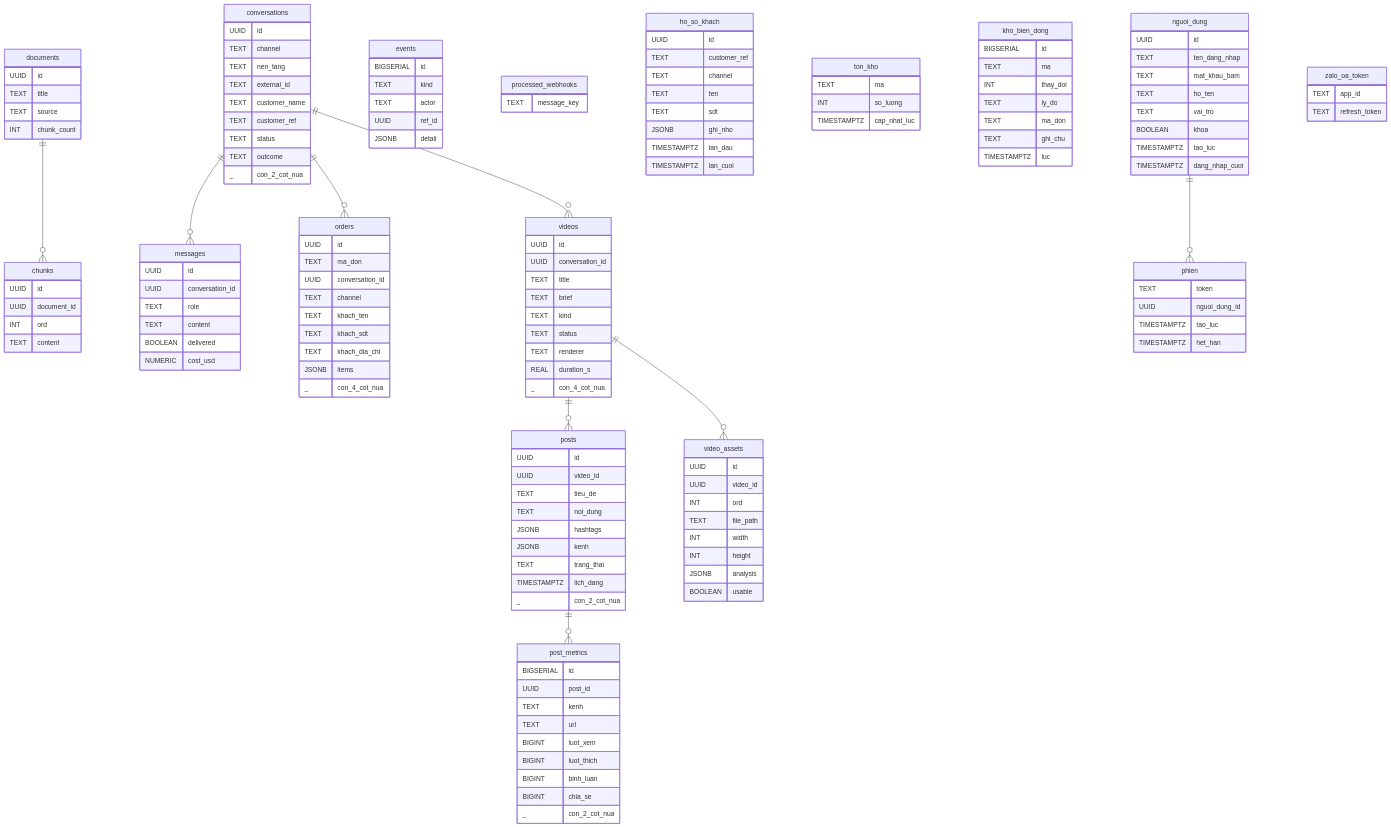
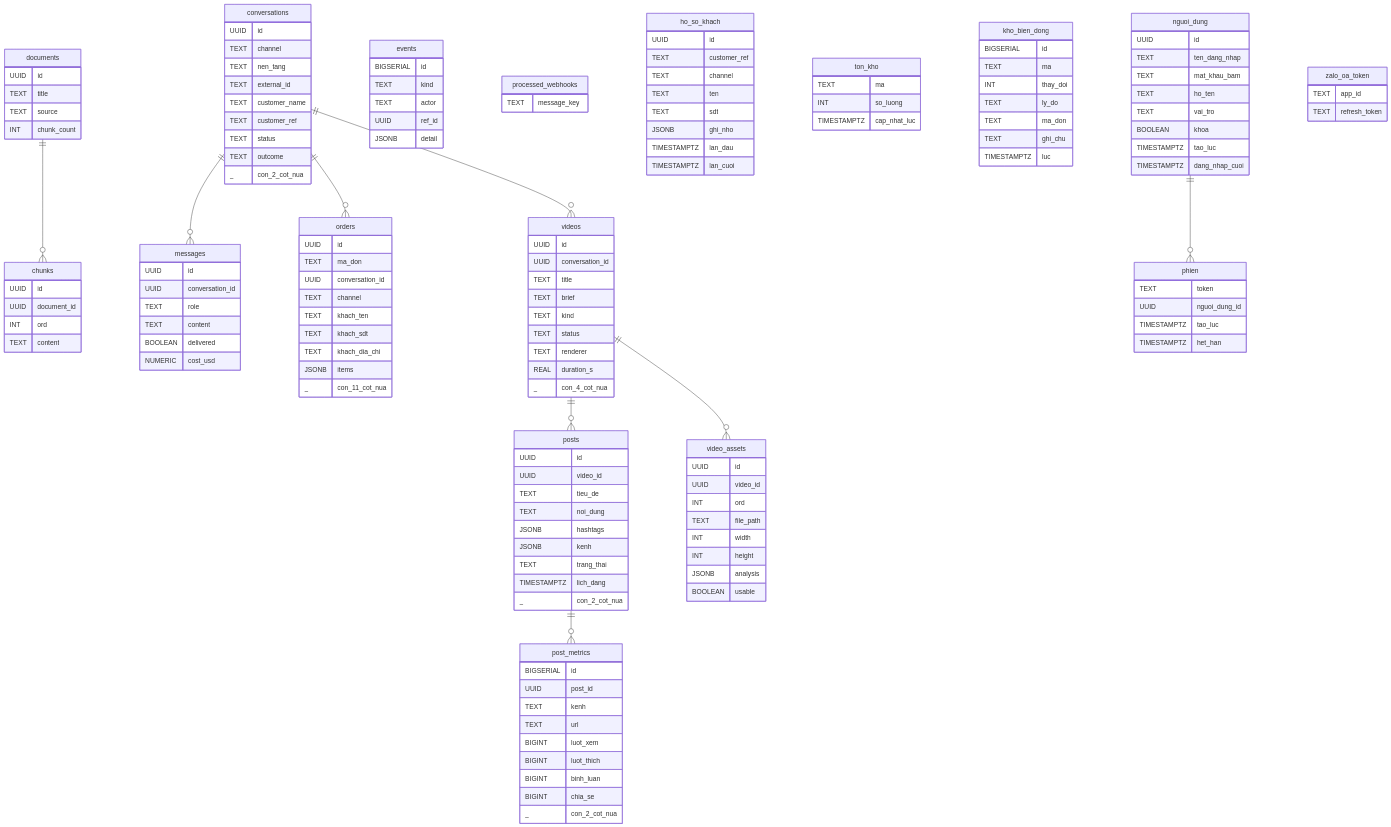
The fourth of 4 diagrams in docs/kien-truc.md (Harry-Kien/MarketingAgentDashboard), drawn with Mermaid before and after one commit. The commit also changed 14 other files, not shown here.

```diff
--- a/docs/kien-truc.md
+++ b/docs/kien-truc.md
@@ -208,7 +208,7 @@
         TEXT khach_sdt
         TEXT khach_dia_chi
         JSONB items
-        _ con_4_cot_nua
+        _ con_11_cot_nua
     }
     posts {
         UUID id
```
